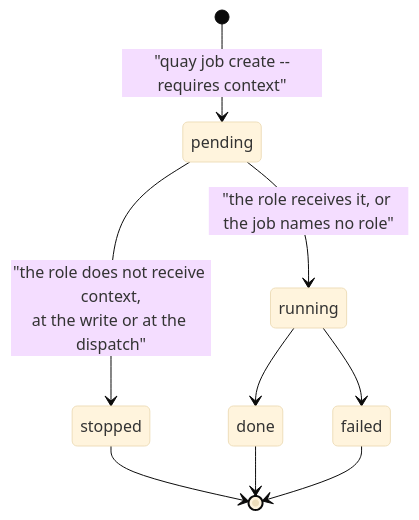
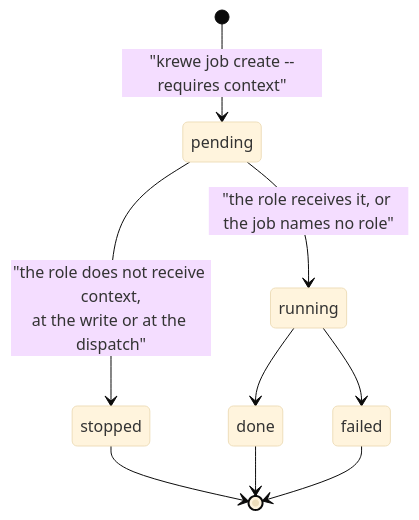
Before and after one commit to atlantic-blue/quay-crew: the second of 23 diagrams in docs/ORCHESTRATION.md, drawn with Mermaid (base theme). The commit also changed other lines of this file and 27 other files, not shown here.

````diff
--- a/docs/ORCHESTRATION.md
+++ b/docs/ORCHESTRATION.md
@@ -237,11 +237,11 @@
 ```mermaid
 stateDiagram-v2
-    [*] --> pending: "quay job create --requires context"
+    [*] --> pending: "krewe job create --requires context"
     pending --> stopped: "the role does not receive context,<br/>at the write or at the dispatch"
     pending --> running: "the role receives it, or the job names no role"
     running --> done
     running --> failed
     stopped --> [*]
     done --> [*]
     failed --> [*]
 ```
````
